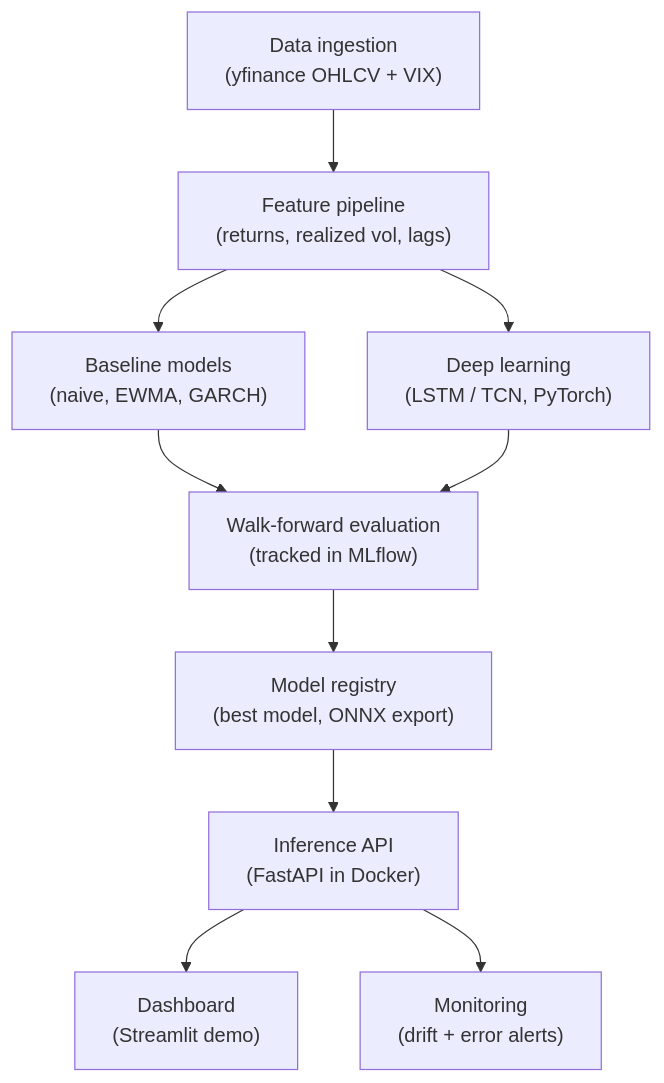
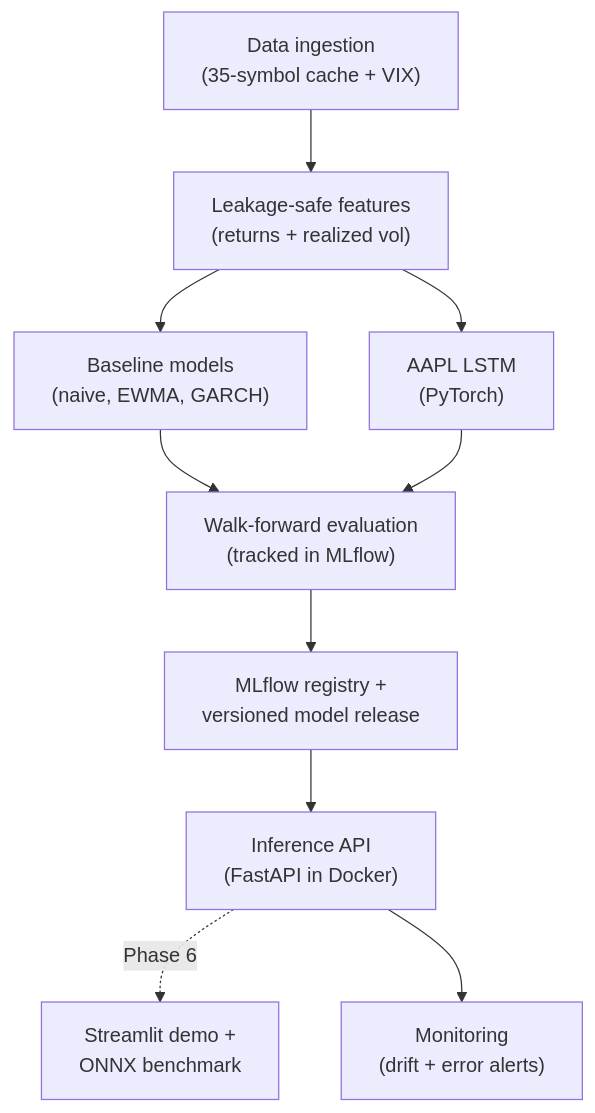
The diagram in README.md (ompat5/Volatility-Forecasting-MLOps), drawn with Mermaid before and after one commit. The commit also changed other lines of this file and 1 other file, not shown here.

````diff
--- a/README.md
+++ b/README.md
@@ -17,12 +22,12 @@
 ```mermaid
 flowchart TD
-    A["Data ingestion<br/>(yfinance OHLCV + VIX)"] --> B["Feature pipeline<br/>(returns, realized vol, lags)"]
+    A["Data ingestion<br/>(35-symbol cache + VIX)"] --> B["Leakage-safe features<br/>(returns + realized vol)"]
     B --> C["Baseline models<br/>(naive, EWMA, GARCH)"]
-    B --> D["Deep learning<br/>(LSTM / TCN, PyTorch)"]
+    B --> D["AAPL LSTM<br/>(PyTorch)"]
     C --> E["Walk-forward evaluation<br/>(tracked in MLflow)"]
     D --> E
-    E --> F["Model registry<br/>(best model, ONNX export)"]
+    E --> F["MLflow registry +<br/>versioned model release"]
     F --> G["Inference API<br/>(FastAPI in Docker)"]
-    G --> H["Dashboard<br/>(Streamlit demo)"]
+    G -. Phase 6 .-> H["Streamlit demo +<br/>ONNX benchmark"]
     G --> I["Monitoring<br/>(drift + error alerts)"]
 ```
````
